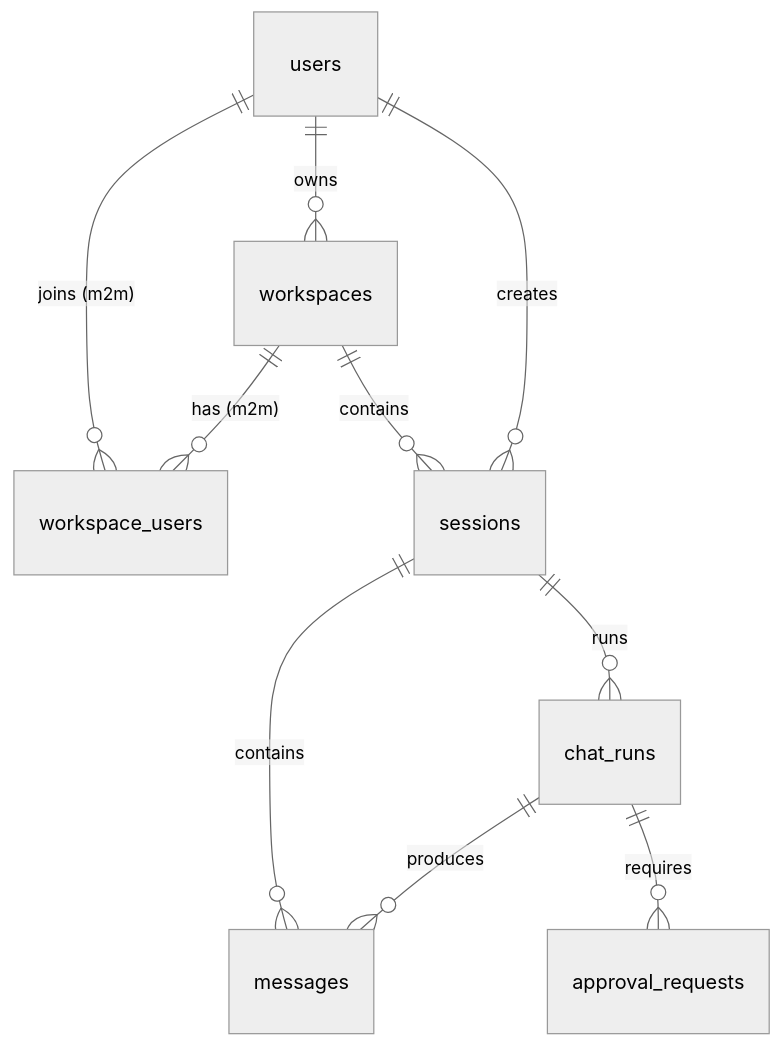
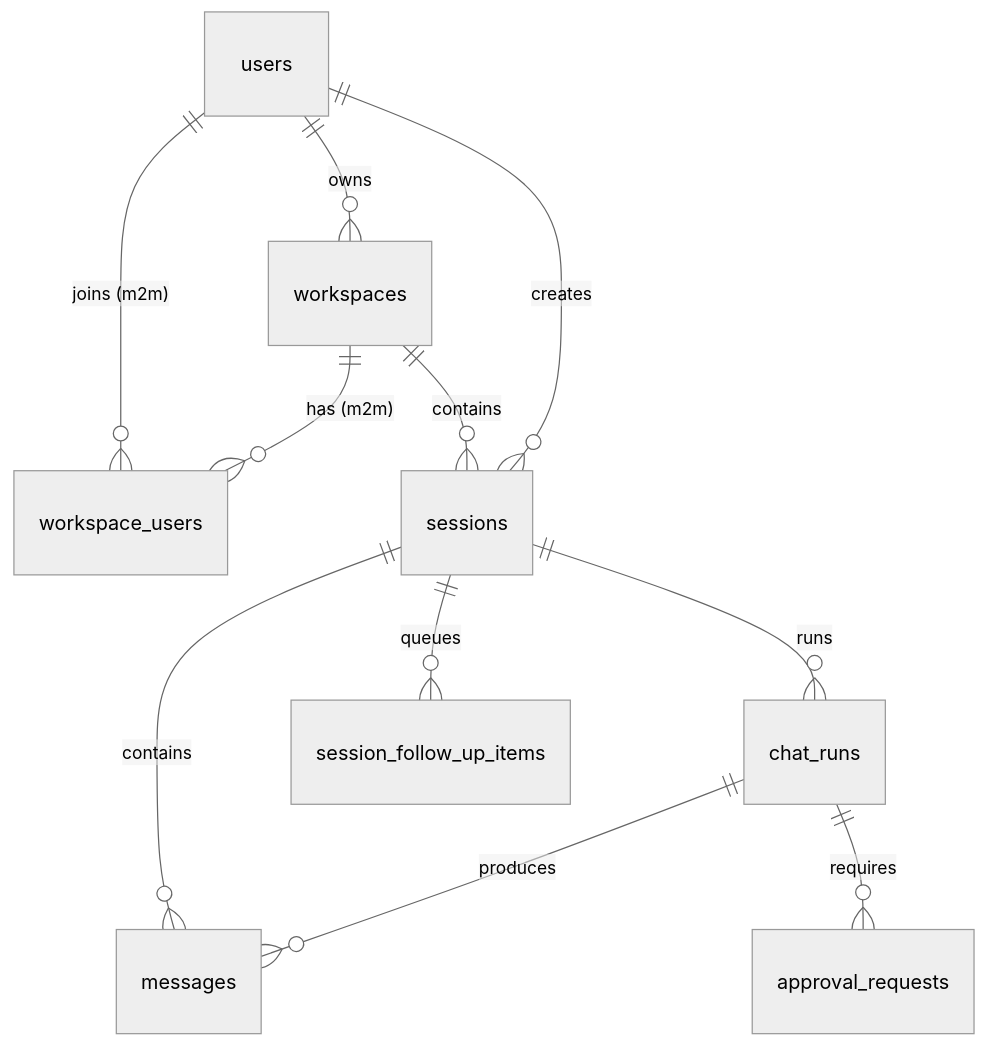
One commit to cc01cc/xihe-project changed the first of 7 diagrams in docs/i18n/zh-Hans/DEV-019-database-schema.md. Above: the diagram before and after it, drawn with Mermaid. The commit also changed other lines of this file and 39 other files, not shown here.

````diff
--- a/docs/i18n/zh-Hans/DEV-019-database-schema.md
+++ b/docs/i18n/zh-Hans/DEV-019-database-schema.md
@@ -55,13 +55,14 @@
 ```mermaid
 %%{init: {'theme': 'neutral'}}%%
 erDiagram
     users ||--o{ workspaces : owns
     users ||--o{ workspace_users : "joins (m2m)"
     workspaces ||--o{ workspace_users : "has (m2m)"
     workspaces ||--o{ sessions : contains
     users ||--o{ sessions : creates
     sessions ||--o{ messages : contains
     sessions ||--o{ chat_runs : runs
+    sessions ||--o{ session_follow_up_items : queues
     chat_runs ||--o{ messages : produces
     chat_runs ||--o{ approval_requests : requires
 ```
````
